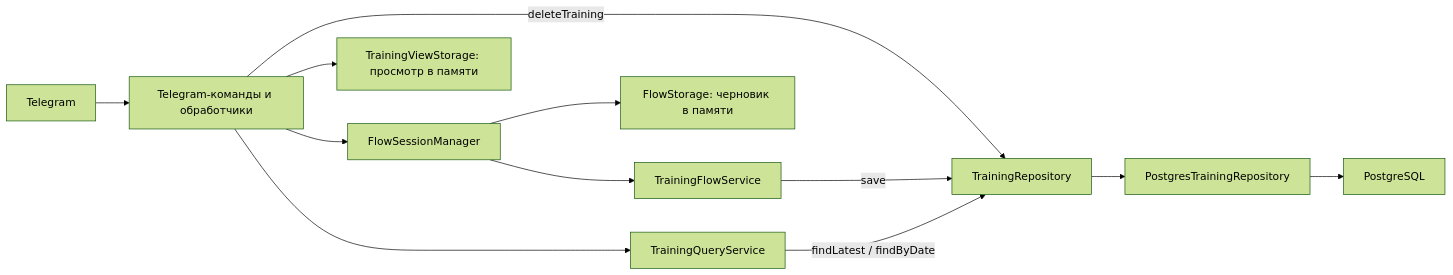
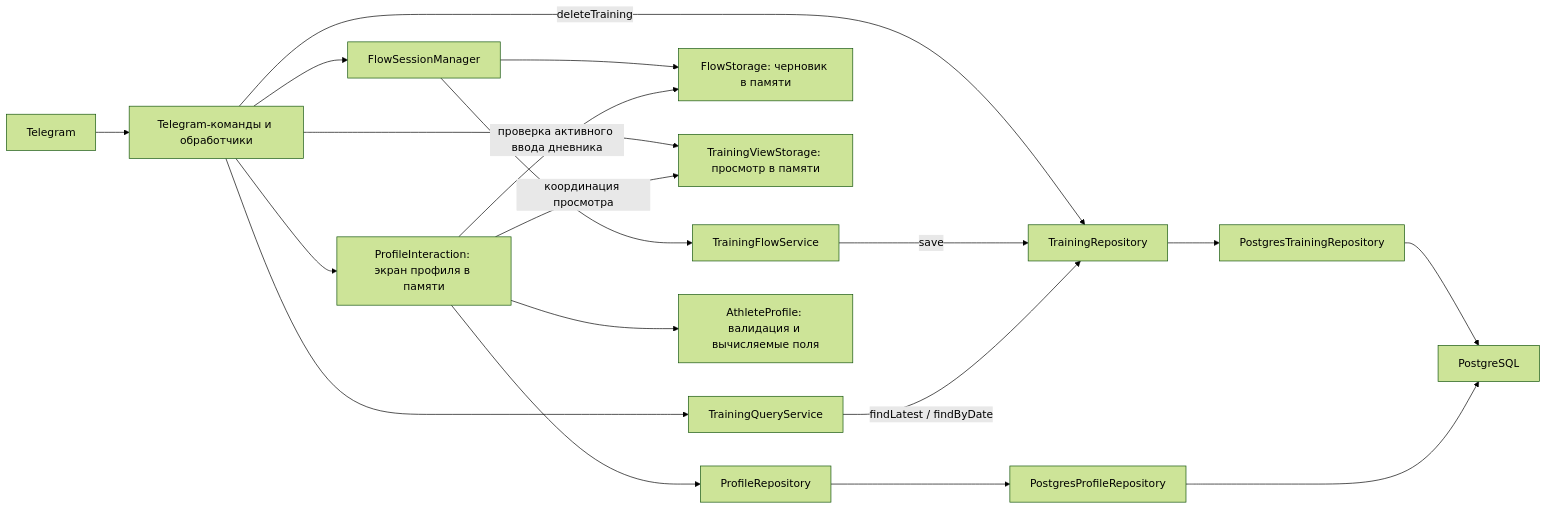
One commit to MaksimBidylo/morning_pilates_bot changed the diagram in docs/architecture.md. Above: the diagram before and after it, drawn with Mermaid (forest theme). The commit also changed other lines of this file and 62 other files, not shown here.

First line of the commit message:
feat(profile): add personal athlete profiles (#148)

````diff
--- a/docs/architecture.md
+++ b/docs/architecture.md
@@ -12,14 +12,21 @@
 ```mermaid
 flowchart LR
     U["Telegram"] --> T["Telegram-команды и обработчики"]
     T --> F["FlowSessionManager"]
     F --> S["TrainingFlowService"]
     F --> M["FlowStorage: черновик в памяти"]
     T --> V["TrainingViewStorage: просмотр в памяти"]
     T --> Q["TrainingQueryService"]
     T -->|deleteTraining| R["TrainingRepository"]
     S -->|save| R
     Q -->|findLatest / findByDate| R
     R --> P["PostgresTrainingRepository"]
     P --> DB["PostgreSQL"]
+    T --> I["ProfileInteraction: экран профиля в памяти"]
+    I --> A["AthleteProfile: валидация и вычисляемые поля"]
+    I --> PR["ProfileRepository"]
+    I -->|проверка активного ввода дневника| M
+    I -->|координация просмотра| V
+    PR --> PP["PostgresProfileRepository"]
+    PP --> DB
 ```
````
